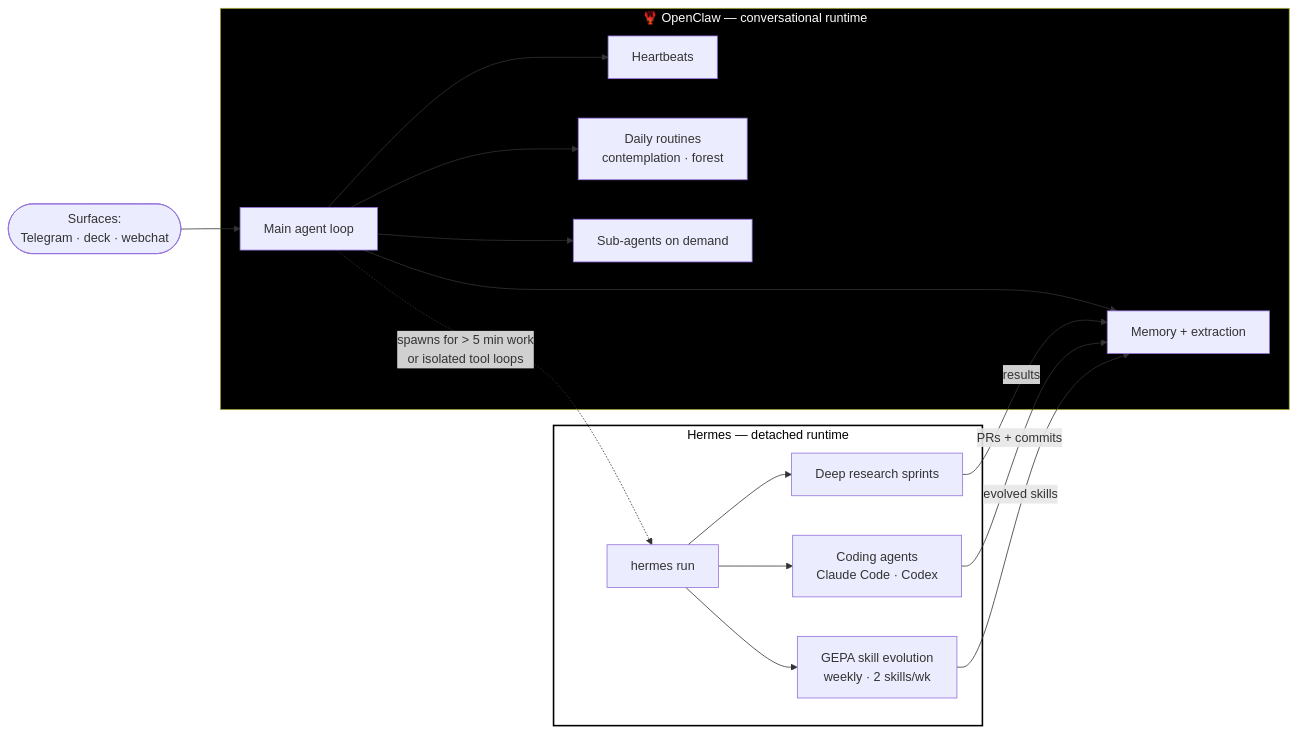
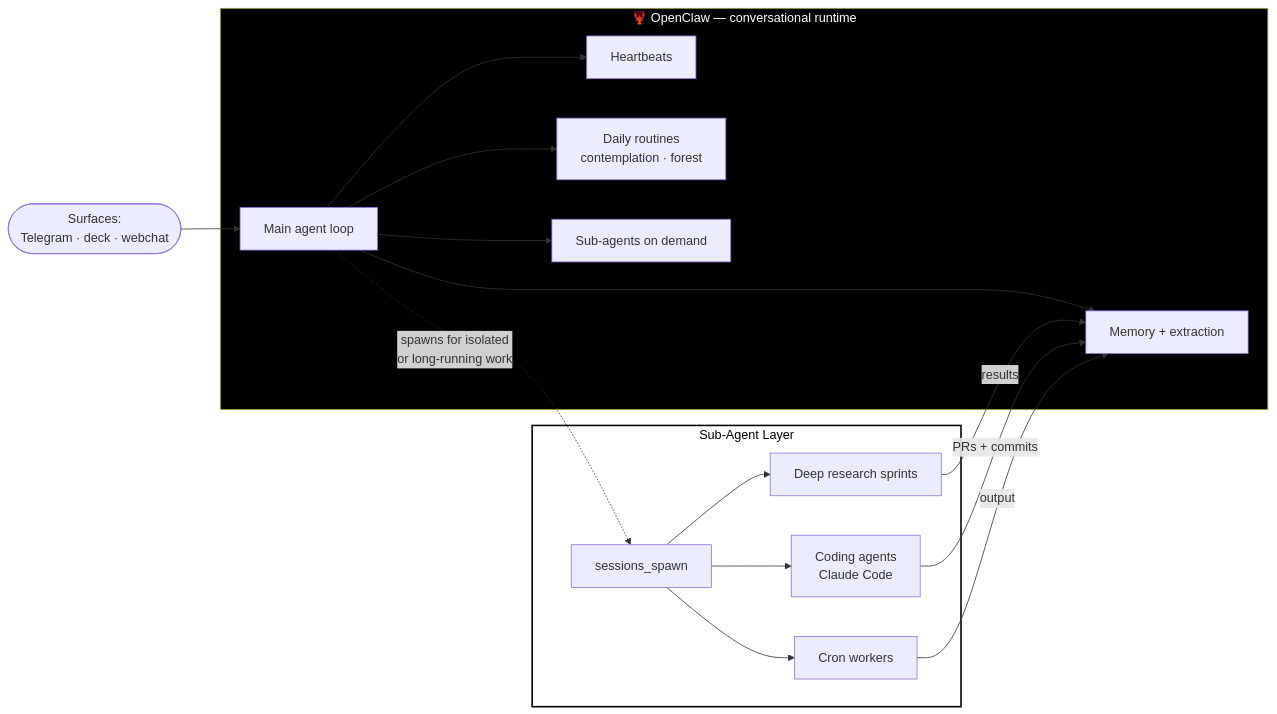
The seventh of 9 diagrams in DIAGRAM.md (VisionaireLabs/Visionaire), drawn with Mermaid before and after one commit. The commit also changed other lines of this file, not shown here.

Commit message:
docs: fix DIAGRAM.md - replace stale Hermes block with sub-agents pattern (closes #39) (#40)

````diff
--- a/DIAGRAM.md
+++ b/DIAGRAM.md
@@ -203,34 +203,34 @@
 ```mermaid
 flowchart LR
     USER([Surfaces:\nTelegram · deck · webchat]) --> OC
 
     subgraph OPENCLAW [🦞 OpenClaw — conversational runtime]
         OC[Main agent loop]
         HB_OC[Heartbeats]
         ROUTINE[Daily routines\ncontemplation · forest]
         MEM_OC[Memory + extraction]
         SUB[Sub-agents on demand]
         OC --> HB_OC
         OC --> ROUTINE
         OC --> MEM_OC
         OC --> SUB
     end
 
-    subgraph HERMES_RT [Hermes — detached runtime]
-        HRM[hermes run]
-        HRM_DEEP[Deep research sprints]
-        HRM_CODE[Coding agents\nClaude Code · Codex]
-        HRM_GEPA[GEPA skill evolution\nweekly · 2 skills/wk]
-        HRM --> HRM_DEEP
-        HRM --> HRM_CODE
-        HRM --> HRM_GEPA
+    subgraph SUBAGENTS_RT [Sub-Agent Layer]
+        SA_RT[sessions_spawn]
+        SA_DEEP[Deep research sprints]
+        SA_CODE[Coding agents\nClaude Code]
+        SA_CRON[Cron workers]
+        SA_RT --> SA_DEEP
+        SA_RT --> SA_CODE
+        SA_RT --> SA_CRON
     end
 
-    OC -.->|spawns for > 5 min work\nor isolated tool loops| HRM
-    HRM_DEEP -->|results| MEM_OC
-    HRM_CODE -->|PRs + commits| MEM_OC
-    HRM_GEPA -->|evolved skills| MEM_OC
+    OC -.->|spawns for isolated\nor long-running work| SA_RT
+    SA_DEEP -->|results| MEM_OC
+    SA_CODE -->|PRs + commits| MEM_OC
+    SA_CRON -->|output| MEM_OC
 
     style OPENCLAW fill:#000,color:#fff
-    style HERMES_RT fill:#fff,color:#000,stroke:#000,stroke-width:2px
+    style SUBAGENTS_RT fill:#fff,color:#000,stroke:#000,stroke-width:2px
 ```
````
